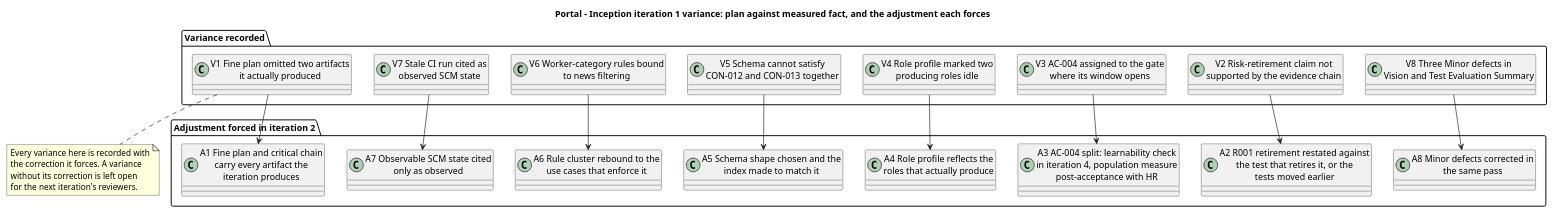
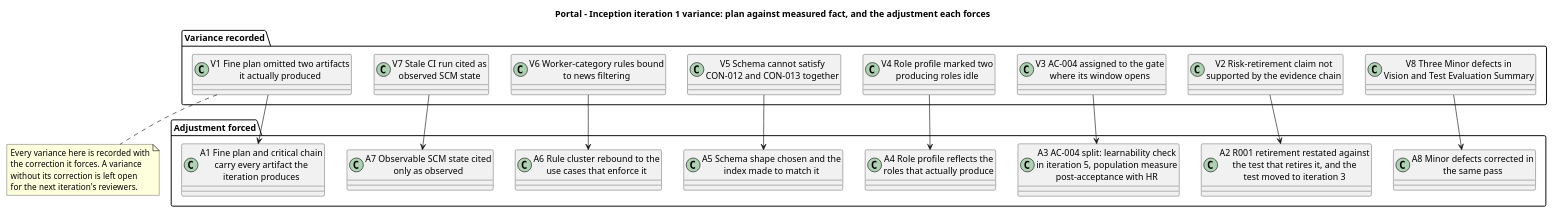
Before and after one commit to banense-test/portal: the third of 4 diagrams in docs/artifacts/project-management/iteration-assessment.md, drawn with PlantUML. The commit also changed other lines of this file, not shown here.

First line of the commit message:
Project Manager [I1]: upsert Iteration Assessment

````diff
--- a/docs/artifacts/project-management/iteration-assessment.md
+++ b/docs/artifacts/project-management/iteration-assessment.md
@@ -143,43 +143,43 @@
 ```plantuml
 @startuml
 title Portal - Inception iteration 1 variance: plan against measured fact, and the adjustment each forces
 
 package "Variance recorded" {
   class "V1 Fine plan omitted two artifacts\nit actually produced" as V1
   class "V2 Risk-retirement claim not\nsupported by the evidence chain" as V2
   class "V3 AC-004 assigned to the gate\nwhere its window opens" as V3
   class "V4 Role profile marked two\nproducing roles idle" as V4
   class "V5 Schema cannot satisfy\nCON-012 and CON-013 together" as V5
   class "V6 Worker-category rules bound\nto news filtering" as V6
   class "V7 Stale CI run cited as\nobserved SCM state" as V7
   class "V8 Three Minor defects in\nVision and Test Evaluation Summary" as V8
 }
 
-package "Adjustment forced in iteration 2" {
+package "Adjustment forced" {
   class "A1 Fine plan and critical chain\ncarry every artifact the\niteration produces" as A1
-  class "A2 R001 retirement restated against\nthe test that retires it, or the\ntests moved earlier" as A2
-  class "A3 AC-004 split: learnability check\nin iteration 4, population measure\npost-acceptance with HR" as A3
+  class "A2 R001 retirement restated against\nthe test that retires it, and the\ntest moved to iteration 3" as A2
+  class "A3 AC-004 split: learnability check\nin iteration 5, population measure\npost-acceptance with HR" as A3
   class "A4 Role profile reflects the\nroles that actually produce" as A4
   class "A5 Schema shape chosen and the\nindex made to match it" as A5
   class "A6 Rule cluster rebound to the\nuse cases that enforce it" as A6
   class "A7 Observable SCM state cited\nonly as observed" as A7
   class "A8 Minor defects corrected in\nthe same pass" as A8
 }
 
 V1 --> A1
 V2 --> A2
 V3 --> A3
 V4 --> A4
 V5 --> A5
 V6 --> A6
 V7 --> A7
 V8 --> A8
 
 note bottom of V1
   Every variance here is recorded with
   the correction it forces. A variance
   without its correction is left open
   for the next iteration's reviewers.
 end note
 @enduml
 ```
````
